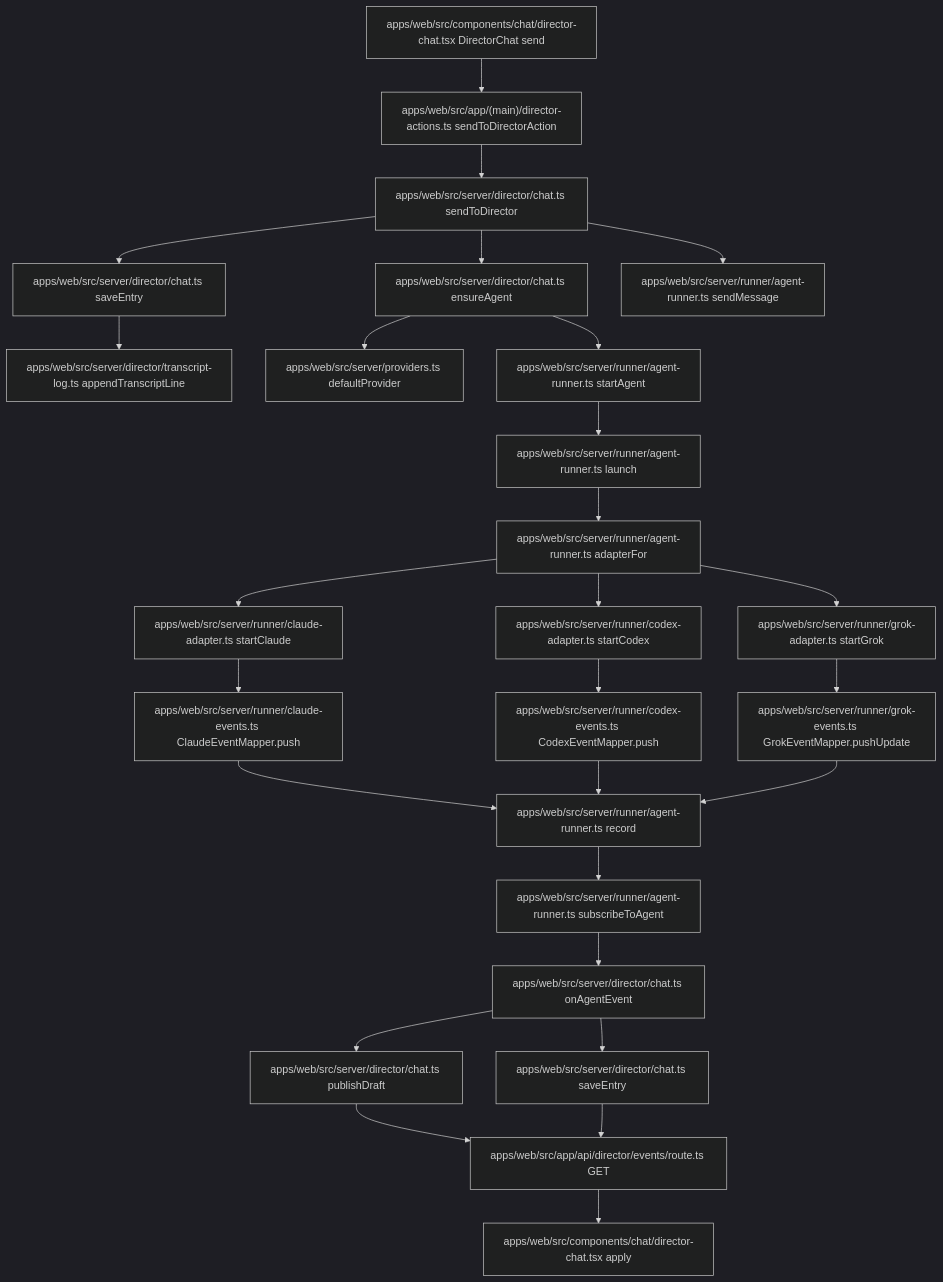
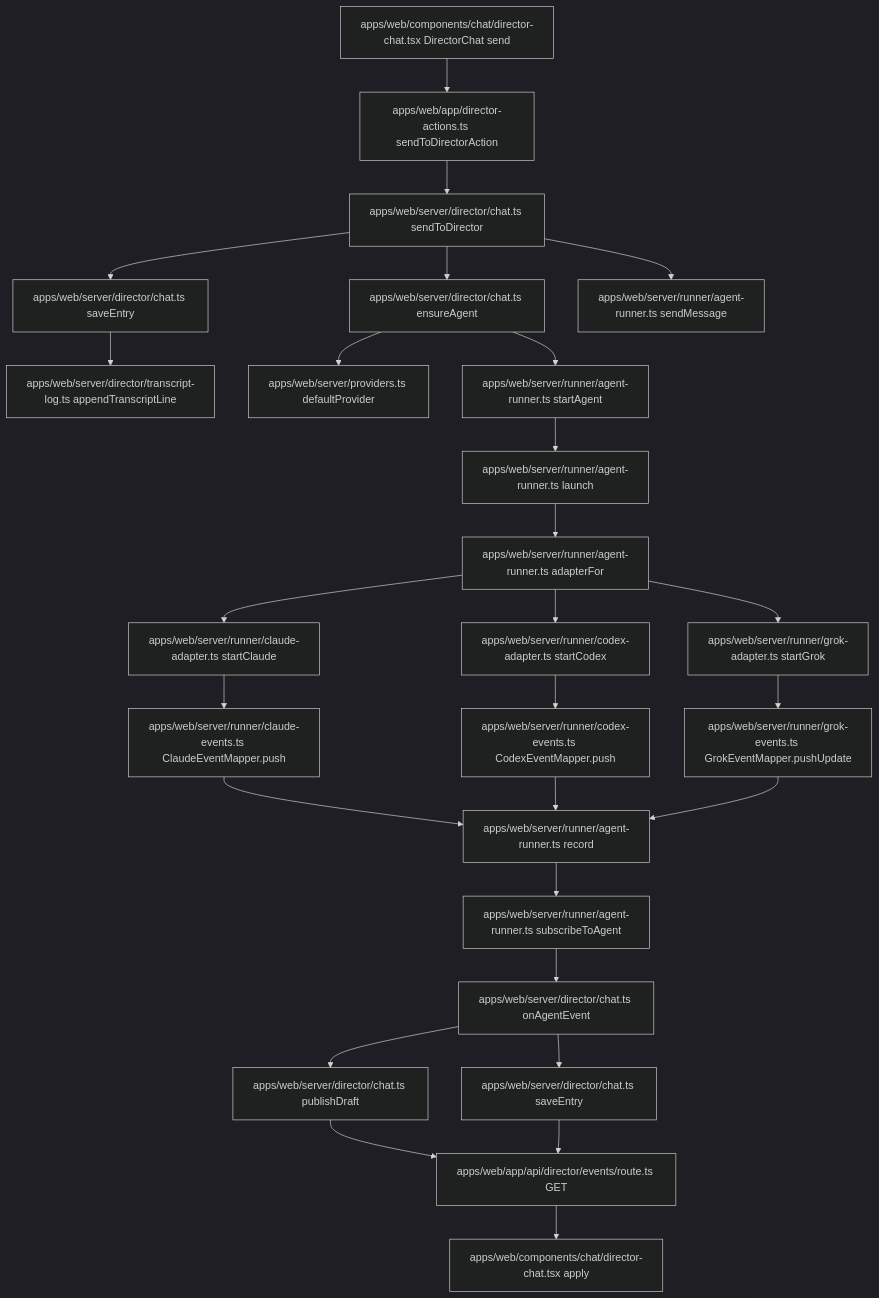
One commit to devjiwonchoi/busyboy changed the fourth of 5 diagrams in DOMAIN.md. Above: the diagram before and after it, drawn with Mermaid (dark theme). The commit also changed other lines of this file and 72 other files, not shown here.

First line of the commit message:
Enforce the shadcn theme and flatten the web app.

````diff
--- a/DOMAIN.md
+++ b/DOMAIN.md
@@ -93,29 +92,29 @@
 ```mermaid
 flowchart TD
-  Composer["apps/web/src/components/chat/director-chat.tsx DirectorChat send"] --> Action["apps/web/src/app/(main)/director-actions.ts sendToDirectorAction"]
-  Action --> Send["apps/web/src/server/director/chat.ts sendToDirector"]
-  Send --> SaveUser["apps/web/src/server/director/chat.ts saveEntry"]
-  SaveUser --> Append["apps/web/src/server/director/transcript-log.ts appendTranscriptLine"]
-  Send --> Ensure["apps/web/src/server/director/chat.ts ensureAgent"]
-  Ensure --> Default["apps/web/src/server/providers.ts defaultProvider"]
-  Ensure --> Start["apps/web/src/server/runner/agent-runner.ts startAgent"]
-  Start --> Launch["apps/web/src/server/runner/agent-runner.ts launch"]
-  Launch --> Pick["apps/web/src/server/runner/agent-runner.ts adapterFor"]
-  Pick --> Claude["apps/web/src/server/runner/claude-adapter.ts startClaude"]
-  Pick --> Codex["apps/web/src/server/runner/codex-adapter.ts startCodex"]
-  Pick --> Grok["apps/web/src/server/runner/grok-adapter.ts startGrok"]
-  Send --> Message["apps/web/src/server/runner/agent-runner.ts sendMessage"]
-  Claude --> MapC["apps/web/src/server/runner/claude-events.ts ClaudeEventMapper.push"]
-  Codex --> MapX["apps/web/src/server/runner/codex-events.ts CodexEventMapper.push"]
-  Grok --> MapG["apps/web/src/server/runner/grok-events.ts GrokEventMapper.pushUpdate"]
-  MapC --> Record["apps/web/src/server/runner/agent-runner.ts record"]
+  Composer["apps/web/components/chat/director-chat.tsx DirectorChat send"] --> Action["apps/web/app/director-actions.ts sendToDirectorAction"]
+  Action --> Send["apps/web/server/director/chat.ts sendToDirector"]
+  Send --> SaveUser["apps/web/server/director/chat.ts saveEntry"]
+  SaveUser --> Append["apps/web/server/director/transcript-log.ts appendTranscriptLine"]
+  Send --> Ensure["apps/web/server/director/chat.ts ensureAgent"]
+  Ensure --> Default["apps/web/server/providers.ts defaultProvider"]
+  Ensure --> Start["apps/web/server/runner/agent-runner.ts startAgent"]
+  Start --> Launch["apps/web/server/runner/agent-runner.ts launch"]
+  Launch --> Pick["apps/web/server/runner/agent-runner.ts adapterFor"]
+  Pick --> Claude["apps/web/server/runner/claude-adapter.ts startClaude"]
+  Pick --> Codex["apps/web/server/runner/codex-adapter.ts startCodex"]
+  Pick --> Grok["apps/web/server/runner/grok-adapter.ts startGrok"]
+  Send --> Message["apps/web/server/runner/agent-runner.ts sendMessage"]
+  Claude --> MapC["apps/web/server/runner/claude-events.ts ClaudeEventMapper.push"]
+  Codex --> MapX["apps/web/server/runner/codex-events.ts CodexEventMapper.push"]
+  Grok --> MapG["apps/web/server/runner/grok-events.ts GrokEventMapper.pushUpdate"]
+  MapC --> Record["apps/web/server/runner/agent-runner.ts record"]
   MapX --> Record
   MapG --> Record
-  Record --> Listen["apps/web/src/server/runner/agent-runner.ts subscribeToAgent"]
-  Listen --> OnEvent["apps/web/src/server/director/chat.ts onAgentEvent"]
-  OnEvent --> Draft["apps/web/src/server/director/chat.ts publishDraft"]
-  OnEvent --> SaveReply["apps/web/src/server/director/chat.ts saveEntry"]
-  Draft --> Sse["apps/web/src/app/api/director/events/route.ts GET"]
+  Record --> Listen["apps/web/server/runner/agent-runner.ts subscribeToAgent"]
+  Listen --> OnEvent["apps/web/server/director/chat.ts onAgentEvent"]
+  OnEvent --> Draft["apps/web/server/director/chat.ts publishDraft"]
+  OnEvent --> SaveReply["apps/web/server/director/chat.ts saveEntry"]
+  Draft --> Sse["apps/web/app/api/director/events/route.ts GET"]
   SaveReply --> Sse
-  Sse --> Apply["apps/web/src/components/chat/director-chat.tsx apply"]
+  Sse --> Apply["apps/web/components/chat/director-chat.tsx apply"]
 ```
````
